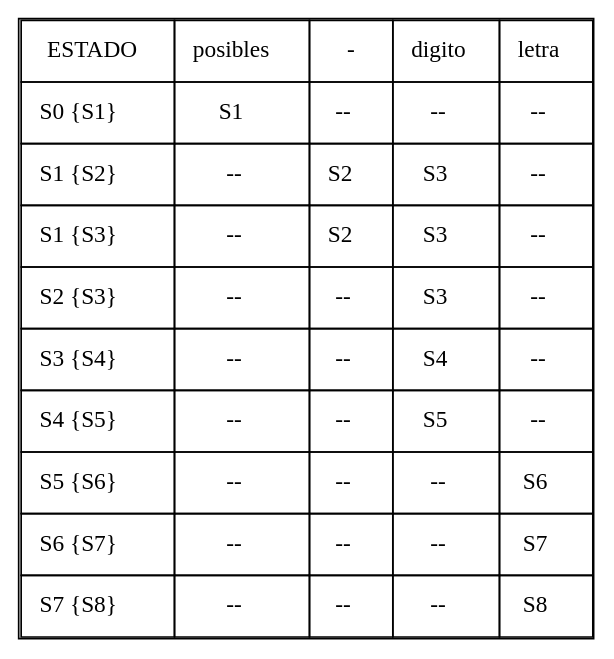
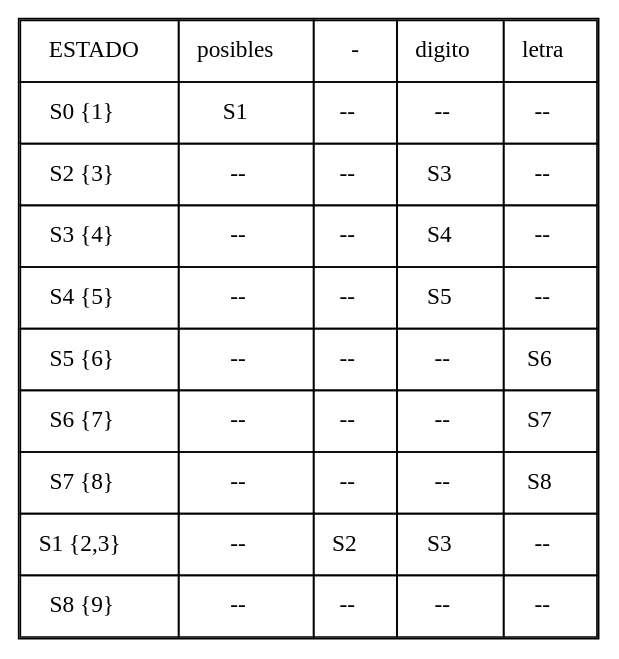
Before and after one commit to AaronGMG2000/-OLC1-Proyecto1: the diagram in [OLC1]201903872_Proyecto1/TRANSICIONES_201903872/Pl.dot, drawn with Graphviz. The commit also changed 106 other files, not shown here.

```diff
--- a/[OLC1]201903872_Proyecto1/TRANSICIONES_201903872/Pl.dot
+++ b/[OLC1]201903872_Proyecto1/TRANSICIONES_201903872/Pl.dot
@@ -1,78 +1,78 @@
 digraph grafica{
 rankdir=LR;
 forcelabels= true;
 node [shape = plain];
-nodo1 [label = <<table border = '1' cellboder = '1' cellspacing='0' cellpadding='10'>
+nodo36 [label = <<table border = '1' cellboder = '1' cellspacing='0' cellpadding='10'>
 <tr>
 <td>ESTADO</td>
 <td>posibles</td>
 <td>-</td>
 <td>digito</td>
 <td>letra</td>
 </tr>
 <tr>
-<td> S0 {S1} </td>
+<td> S0 {1} </td>
 <td> S1 </td>
 <td> -- </td>
 <td> -- </td>
 <td> -- </td>
 </tr>
 <tr>
-<td> S1 {S2} </td>
+<td> S2 {3} </td>
+<td> -- </td>
+<td> -- </td>
+<td> S3 </td>
+<td> -- </td>
+</tr>
+<tr>
+<td> S3 {4} </td>
+<td> -- </td>
+<td> -- </td>
+<td> S4 </td>
+<td> -- </td>
+</tr>
+<tr>
+<td> S4 {5} </td>
+<td> -- </td>
+<td> -- </td>
+<td> S5 </td>
+<td> -- </td>
+</tr>
+<tr>
+<td> S5 {6} </td>
+<td> -- </td>
+<td> -- </td>
+<td> -- </td>
+<td> S6 </td>
+</tr>
+<tr>
+<td> S6 {7} </td>
+<td> -- </td>
+<td> -- </td>
+<td> -- </td>
+<td> S7 </td>
+</tr>
+<tr>
+<td> S7 {8} </td>
+<td> -- </td>
+<td> -- </td>
+<td> -- </td>
+<td> S8 </td>
+</tr>
+<tr>
+<td> S1 {2,3} </td>
 <td> -- </td>
 <td> S2 </td>
 <td> S3 </td>
 <td> -- </td>
 </tr>
 <tr>
-<td> S1 {S3} </td>
-<td> -- </td>
-<td> S2 </td>
-<td> S3 </td>
-<td> -- </td>
-</tr>
-<tr>
-<td> S2 {S3} </td>
-<td> -- </td>
-<td> -- </td>
-<td> S3 </td>
-<td> -- </td>
-</tr>
-<tr>
-<td> S3 {S4} </td>
-<td> -- </td>
-<td> -- </td>
-<td> S4 </td>
-<td> -- </td>
-</tr>
-<tr>
-<td> S4 {S5} </td>
-<td> -- </td>
-<td> -- </td>
-<td> S5 </td>
-<td> -- </td>
-</tr>
-<tr>
-<td> S5 {S6} </td>
+<td> S8 {9} </td>
 <td> -- </td>
 <td> -- </td>
 <td> -- </td>
-<td> S6 </td>
-</tr>
-<tr>
-<td> S6 {S7} </td>
 <td> -- </td>
-<td> -- </td>
-<td> -- </td>
-<td> S7 </td>
-</tr>
-<tr>
-<td> S7 {S8} </td>
-<td> -- </td>
-<td> -- </td>
-<td> -- </td>
-<td> S8 </td>
 </tr>
 </table>>];
 
 }
```
